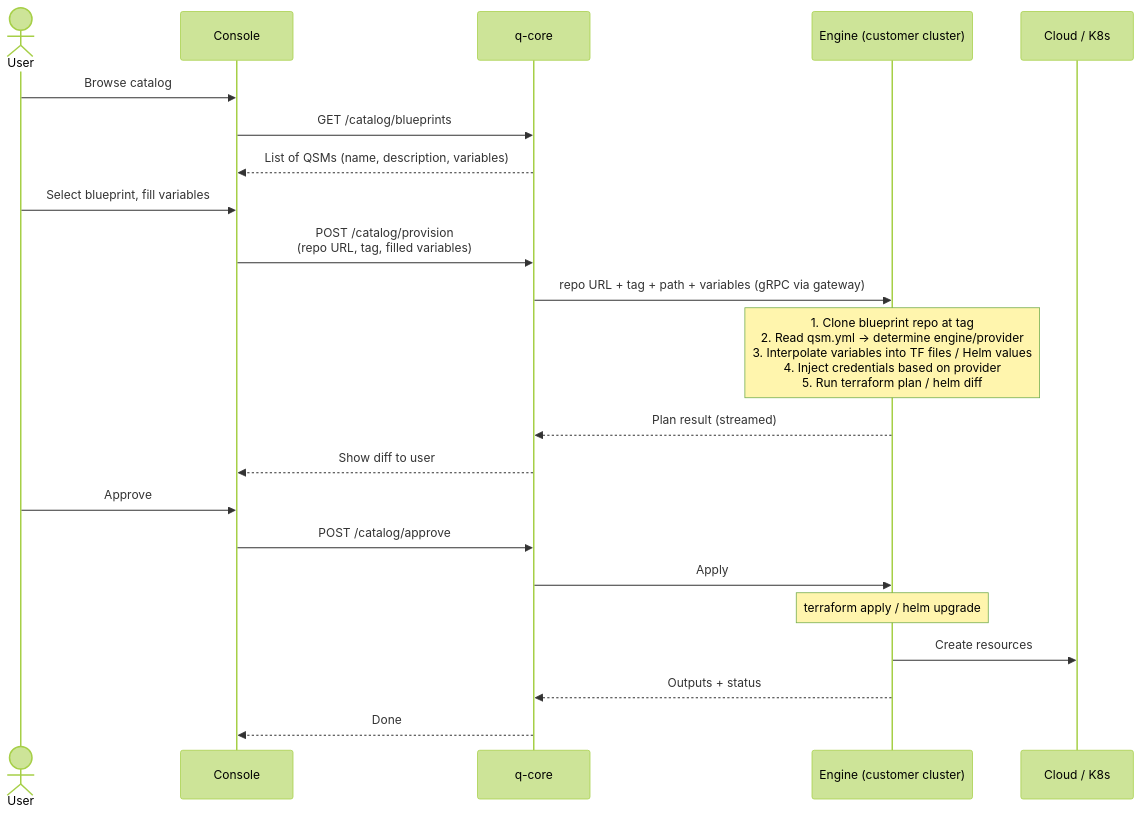
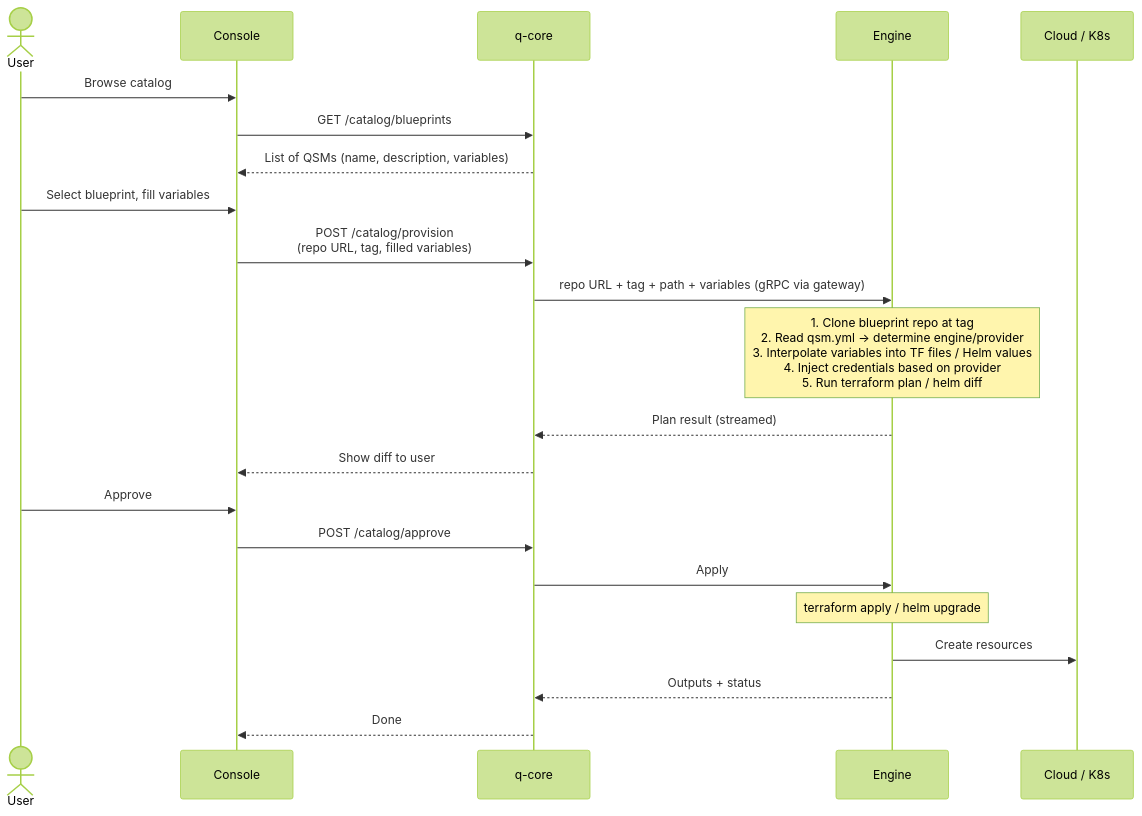
The second of 4 diagrams in ARCHITECTURE.md (Astach/service-catalog), drawn with Mermaid (forest theme) before and after one commit. The commit also changed other lines of this file and 1 other file, not shown here.

````diff
--- a/ARCHITECTURE.md
+++ b/ARCHITECTURE.md
@@ -76,31 +76,31 @@
 ```mermaid
 sequenceDiagram
     actor User
     participant Console
     participant qcore as q-core
-    participant Engine as Engine (customer cluster)
+    participant Engine as Engine
     participant Cloud as Cloud / K8s
 
     User->>Console: Browse catalog
     Console->>qcore: GET /catalog/blueprints
     qcore-->>Console: List of QSMs (name, description, variables)
     User->>Console: Select blueprint, fill variables
 
     Console->>qcore: POST /catalog/provision<br/>(repo URL, tag, filled variables)
     qcore->>Engine: repo URL + tag + path + variables (gRPC via gateway)
 
     Note over Engine: 1. Clone blueprint repo at tag<br/>2. Read qsm.yml → determine engine/provider<br/>3. Interpolate variables into TF files / Helm values<br/>4. Inject credentials based on provider<br/>5. Run terraform plan / helm diff
 
     Engine-->>qcore: Plan result (streamed)
     qcore-->>Console: Show diff to user
 
     User->>Console: Approve
     Console->>qcore: POST /catalog/approve
     qcore->>Engine: Apply
 
     Note over Engine: terraform apply / helm upgrade
 
     Engine->>Cloud: Create resources
     Engine-->>qcore: Outputs + status
     qcore-->>Console: Done
 ```
````
